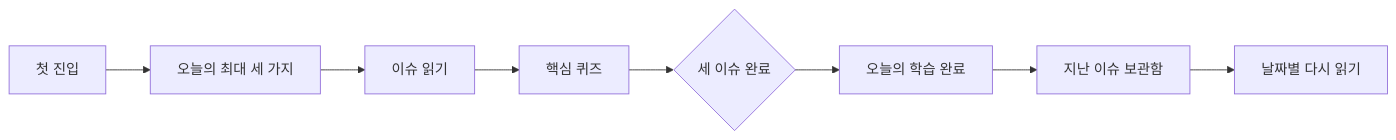
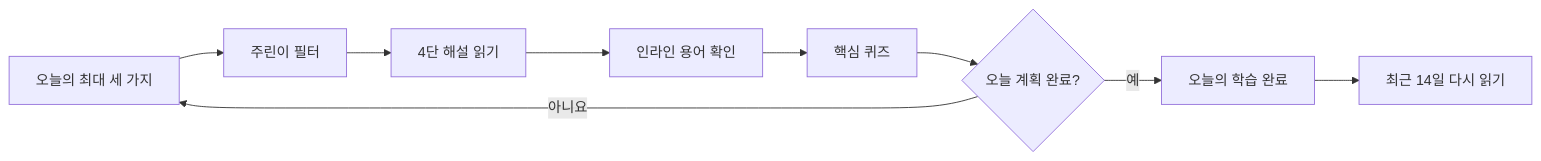
One commit to subeomsp/jangdokdae changed the first of 2 diagrams in README.md. Above: the diagram before and after it, drawn with Mermaid. The commit also changed other lines of this file, not shown here.

````diff
--- a/README.md
+++ b/README.md
@@ -85,10 +121,11 @@
 ```mermaid
 flowchart LR
-    A[첫 진입] --> B[오늘의 최대 세 가지]
-    B --> C[이슈 읽기]
-    C --> D[핵심 퀴즈]
-    D --> E{세 이슈 완료}
-    E --> F[오늘의 학습 완료]
-    F --> G[지난 이슈 보관함]
-    G --> H[날짜별 다시 읽기]
+    A[오늘의 최대 세 가지] --> B[주린이 필터]
+    B --> C[4단 해설 읽기]
+    C --> D[인라인 용어 확인]
+    D --> E[핵심 퀴즈]
+    E --> F{오늘 계획 완료?}
+    F -- 아니요 --> A
+    F -- 예 --> G[오늘의 학습 완료]
+    G --> H[최근 14일 다시 읽기]
 ```
````
